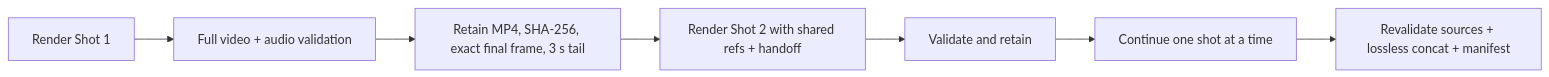
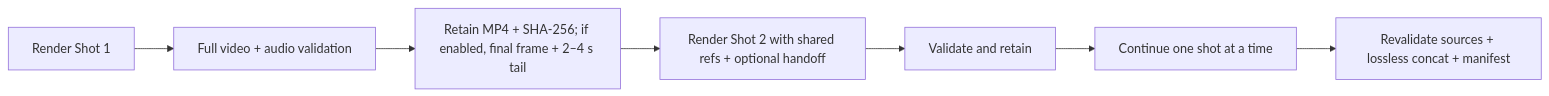
The diagram in docs/series-workflow.md (lachlanchen/LocalVideoGen), drawn with Mermaid before and after one commit. The commit also changed other lines of this file and 11 other files, not shown here.

````diff
--- a/docs/series-workflow.md
+++ b/docs/series-workflow.md
@@ -35,9 +35,9 @@
 ```mermaid
 flowchart LR
     S1[Render Shot 1] --> V1[Full video + audio validation]
-    V1 --> H1[Retain MP4, SHA-256, exact final frame, 3 s tail]
-    H1 --> S2[Render Shot 2 with shared refs + handoff]
+    V1 --> H1[Retain MP4 + SHA-256; if enabled, final frame + 2–4 s tail]
+    H1 --> S2[Render Shot 2 with shared refs + optional handoff]
     S2 --> V2[Validate and retain]
     V2 --> SN[Continue one shot at a time]
     SN --> F[Revalidate sources + lossless concat + manifest]
 ```
````
